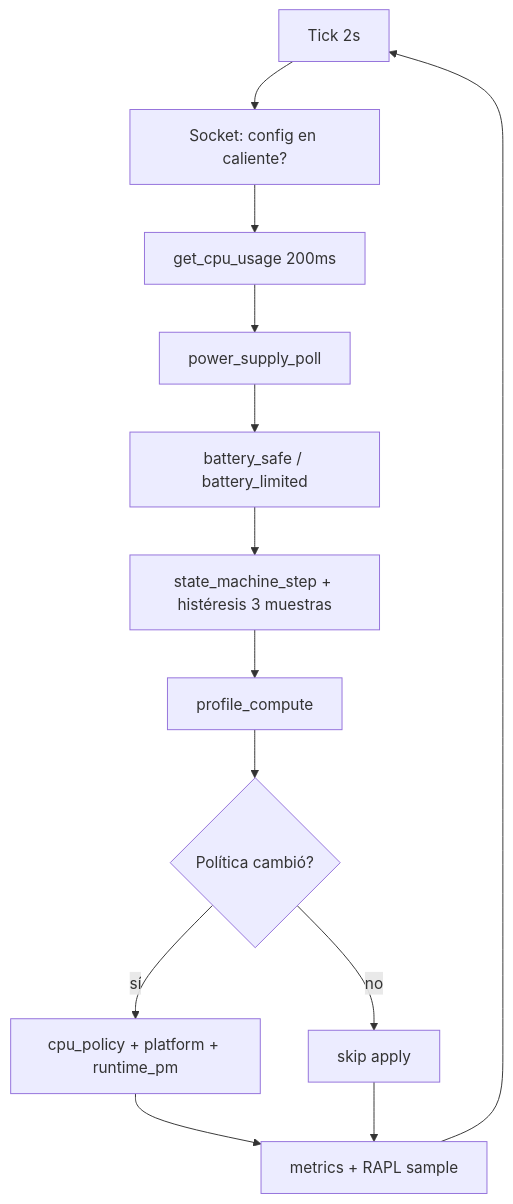
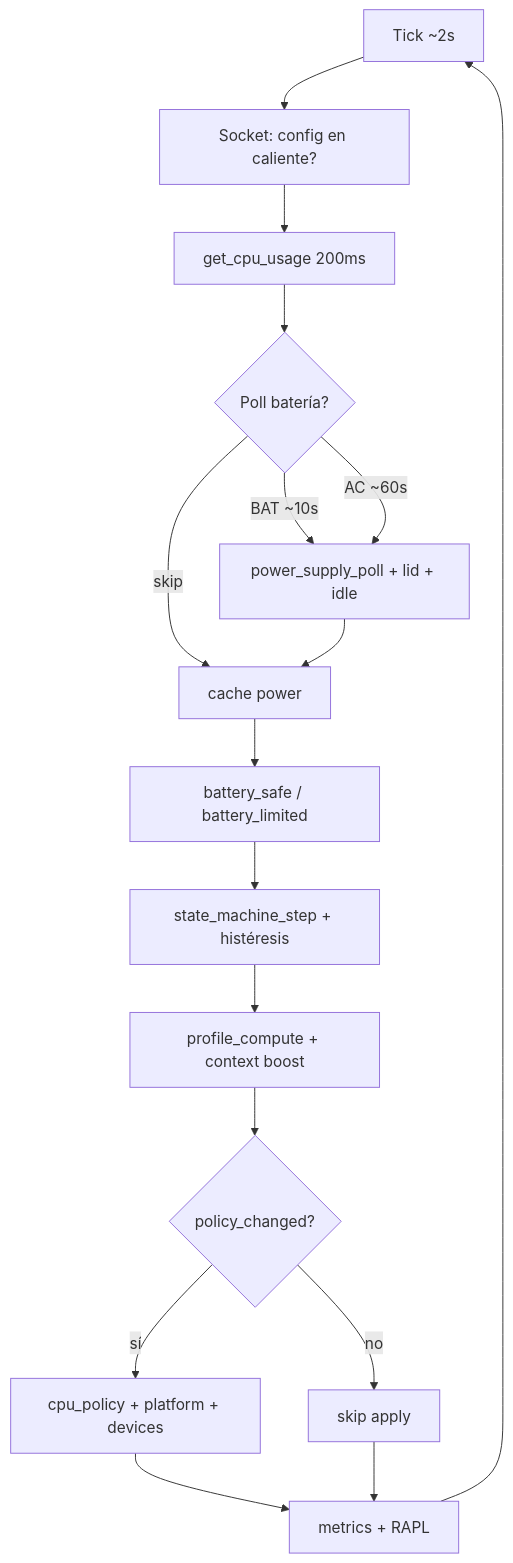
One commit to IRodriguez13/powergov changed the diagram in Documentation/arquitectura.md. Above: the diagram before and after it, drawn with Mermaid. The commit also changed other lines of this file and 35 other files, not shown here.

````diff
--- a/Documentation/arquitectura.md
+++ b/Documentation/arquitectura.md
@@ -37,15 +41,19 @@
 ```mermaid
 flowchart TD
-    A[Tick 2s] --> B[Socket: config en caliente?]
+    A[Tick ~2s] --> B[Socket: config en caliente?]
     B --> C[get_cpu_usage 200ms]
-    C --> D[power_supply_poll]
-    D --> E[battery_safe / battery_limited]
-    E --> F[state_machine_step + histéresis 3 muestras]
-    F --> G[profile_compute]
-    G --> H{Política cambió?}
-    H -->|sí| I[cpu_policy + platform + runtime_pm]
-    H -->|no| J[skip apply]
-    I --> K[metrics + RAPL sample]
-    J --> K
-    K --> A
+    C --> D{Poll batería?}
+    D -->|BAT ~10s| E[power_supply_poll + lid + idle]
+    D -->|AC ~60s| E
+    D -->|skip| F[cache power]
+    E --> F
+    F --> G[battery_safe / battery_limited]
+    G --> H[state_machine_step + histéresis]
+    H --> I[profile_compute + context boost]
+    I --> J{policy_changed?}
+    J -->|sí| K[cpu_policy + platform + devices]
+    J -->|no| L[skip apply]
+    K --> M[metrics + RAPL]
+    L --> M
+    M --> A
 ```
````
